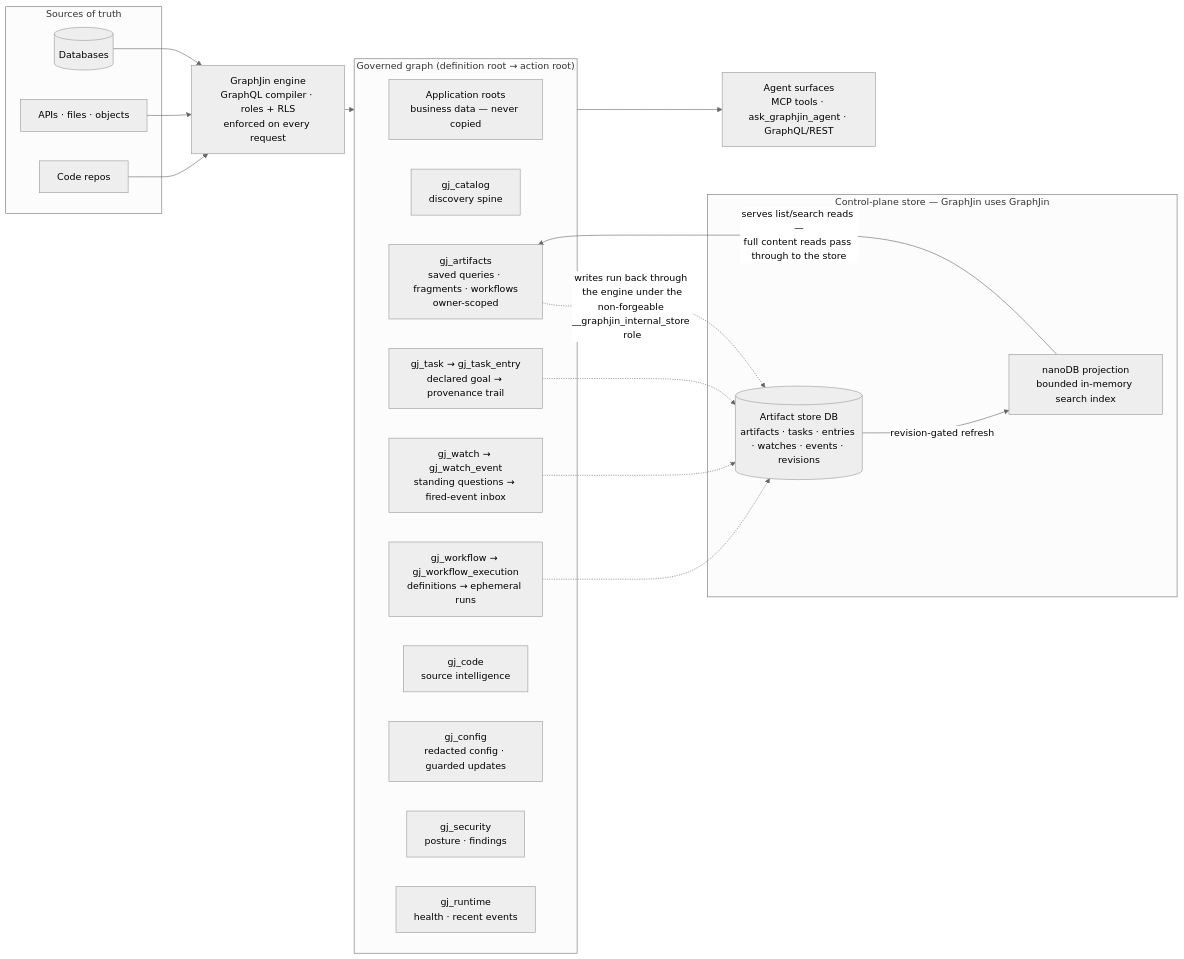
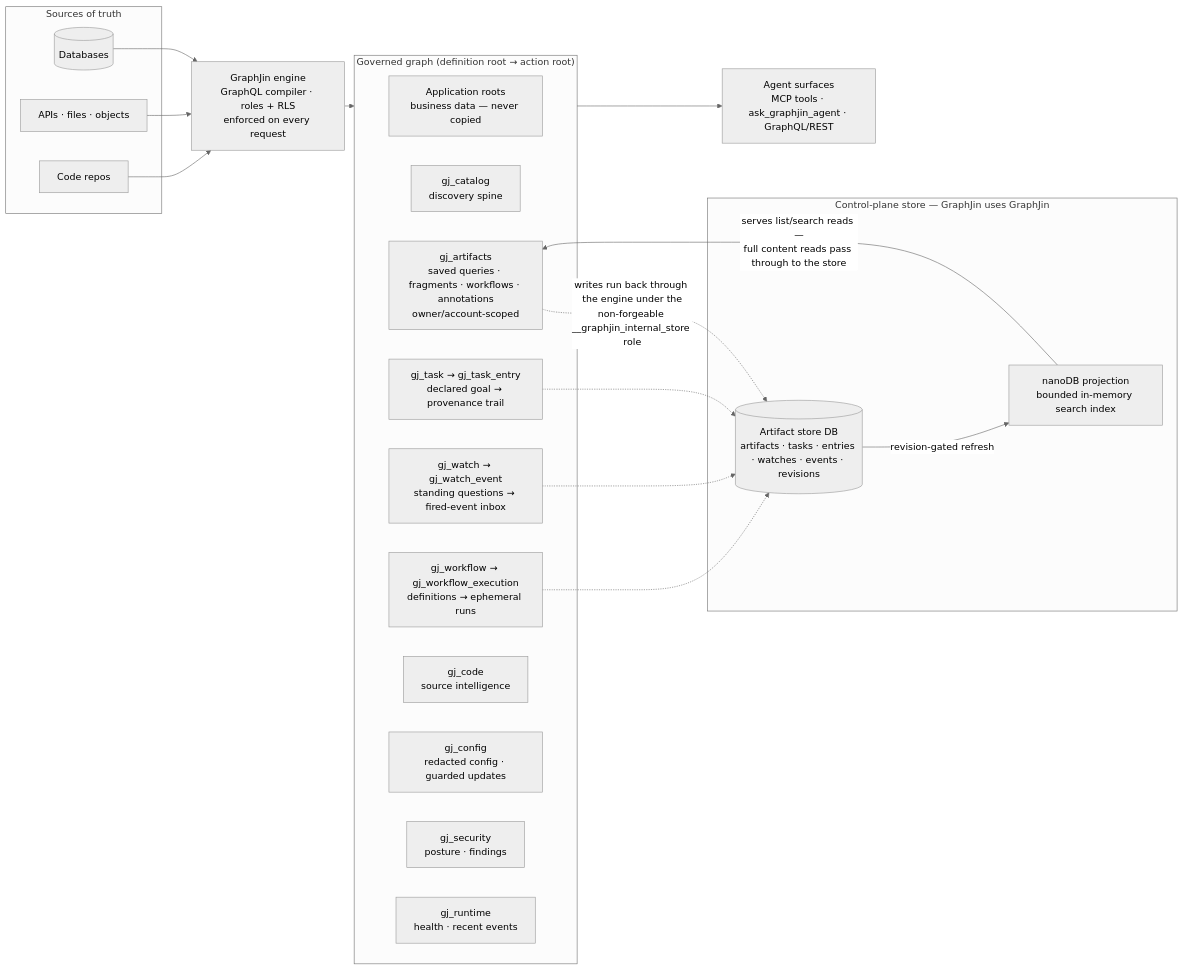
Before and after one commit to dosco/graphjin: the diagram in graphjin/AGENTIC.md, drawn with Mermaid (neutral theme). The commit also changed other lines of this file and 44 other files, not shown here.

````diff
--- a/graphjin/AGENTIC.md
+++ b/graphjin/AGENTIC.md
@@ -266,42 +266,42 @@
 ```mermaid
 flowchart LR
   subgraph SRC["Sources of truth"]
     DBS[("Databases")]
     EXT["APIs · files · objects"]
     REPO["Code repos"]
   end
 
   ENG["GraphJin engine<br/>GraphQL compiler · roles + RLS<br/>enforced on every request"]
 
   subgraph ROOTS["Governed graph (definition root → action root)"]
     APP["Application roots<br/>business data — never copied"]
     CAT["gj_catalog<br/>discovery spine"]
-    ART["gj_artifacts<br/>saved queries · fragments · workflows<br/>owner-scoped"]
+    ART["gj_artifacts<br/>saved queries · fragments · workflows · annotations<br/>owner/account-scoped"]
     TSK["gj_task → gj_task_entry<br/>declared goal → provenance trail"]
     WCH["gj_watch → gj_watch_event<br/>standing questions → fired-event inbox"]
     WFL["gj_workflow → gj_workflow_execution<br/>definitions → ephemeral runs"]
     GCODE["gj_code<br/>source intelligence"]
     CFG["gj_config<br/>redacted config · guarded updates"]
     SEC["gj_security<br/>posture · findings"]
     RUN["gj_runtime<br/>health · recent events"]
   end
 
   subgraph CP["Control-plane store — GraphJin uses GraphJin"]
     STORE[("Artifact store DB<br/>artifacts · tasks · entries · watches · events · revisions")]
     NANO["nanoDB projection<br/>bounded in-memory search index"]
   end
 
   AG["Agent surfaces<br/>MCP tools · ask_graphjin_agent · GraphQL/REST"]
 
   DBS --> ENG
   EXT --> ENG
   REPO --> ENG
   ENG --> ROOTS
   ROOTS --> AG
   ART -. "writes run back through the engine under the<br/>non-forgeable __graphjin_internal_store role" .-> STORE
   TSK -.-> STORE
   WCH -.-> STORE
   WFL -.-> STORE
   STORE -- "revision-gated refresh" --> NANO
   NANO -- "serves list/search reads —<br/>full content reads pass through to the store" --> ART
 ```
````
